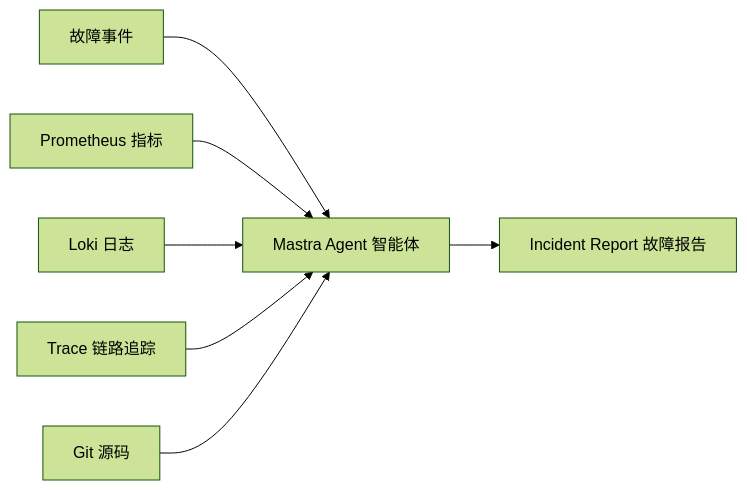
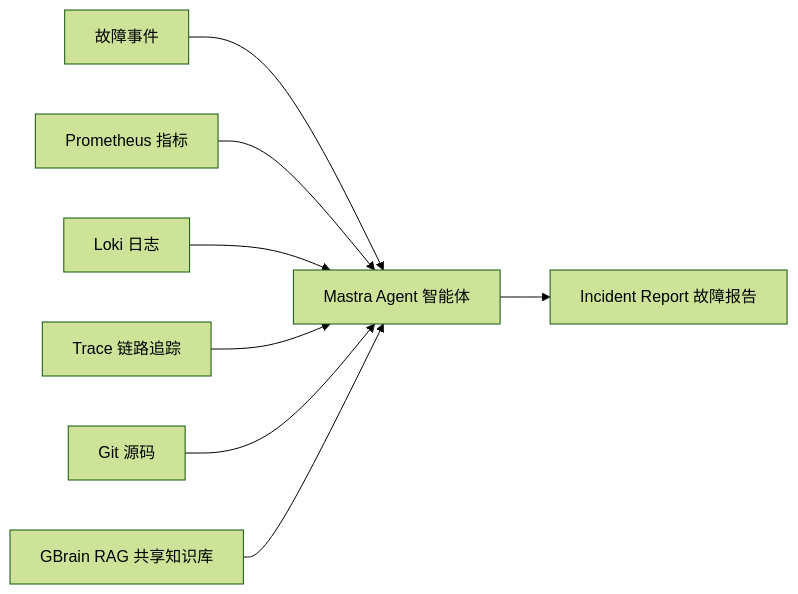
The fifth of 7 diagrams in docs/task-breakdown.md (daxiguaguagua-hash/OpsAgent), drawn with Mermaid (forest theme) before and after one commit. The commit also changed other lines of this file and 2 other files, not shown here.

````diff
--- a/docs/task-breakdown.md
+++ b/docs/task-breakdown.md
@@ -166,9 +166,10 @@
 ```mermaid
 flowchart LR
   A[故障事件] --> M[Mastra Agent 智能体]
   P[Prometheus 指标] --> M
   L[Loki 日志] --> M
   T[Trace 链路追踪] --> M
   G[Git 源码] --> M
+  B[GBrain RAG 共享知识库] --> M
   M --> R[Incident Report 故障报告]
 ```
````
